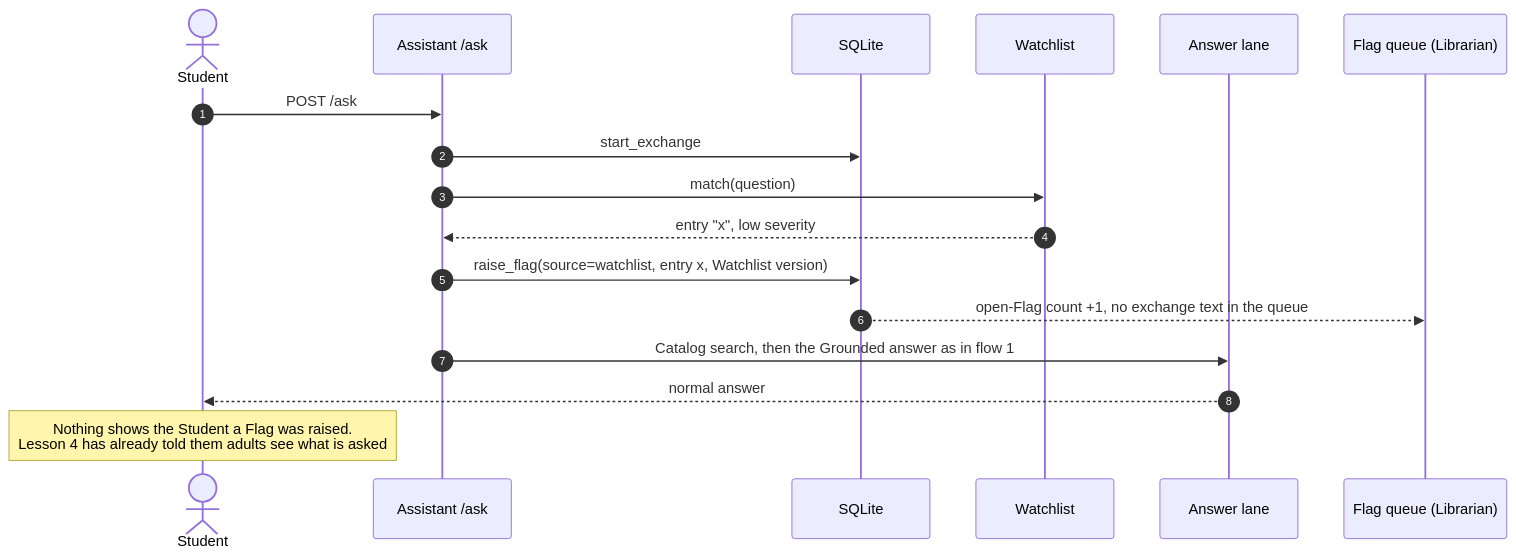
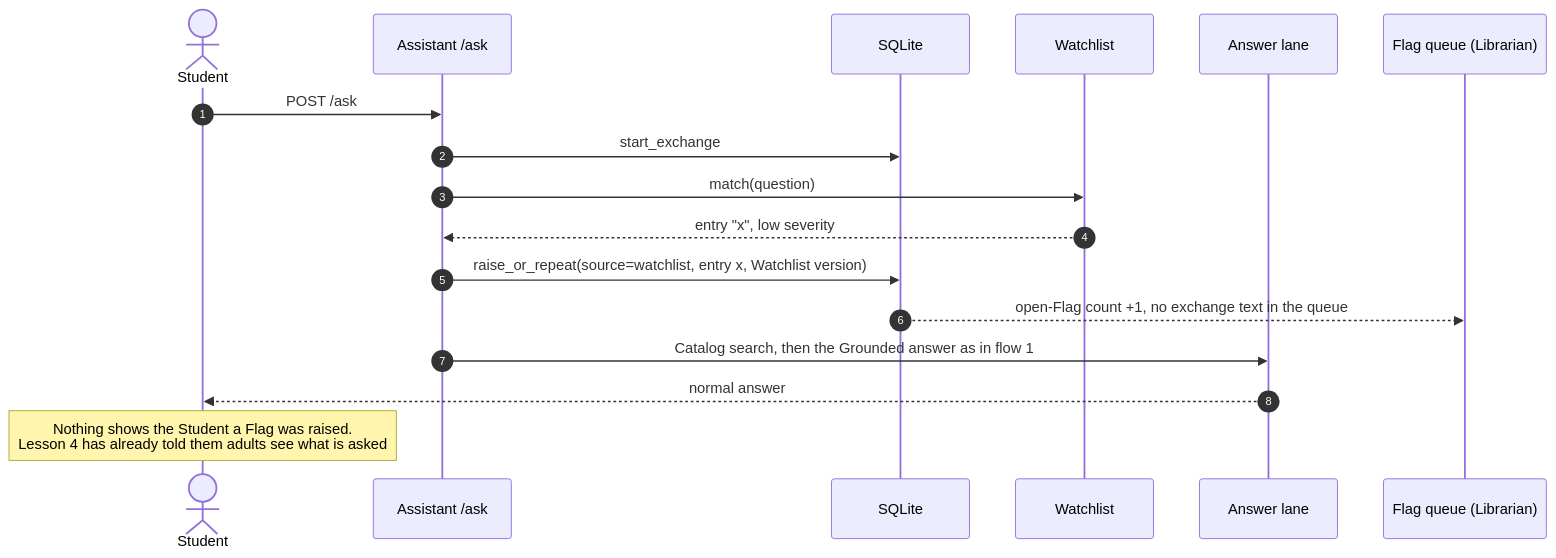
Before and after one commit to imkarrer/library-ai-lab: the third of 7 diagrams in docs/design/student-message-flow.md, drawn with Mermaid. The commit also changed other lines of this file, not shown here.

````diff
--- a/docs/design/student-message-flow.md
+++ b/docs/design/student-message-flow.md
@@ -93,20 +97,20 @@
 ```mermaid
 sequenceDiagram
     autonumber
     actor S as Student
     participant A as Assistant /ask
     participant DB as SQLite
     participant W as Watchlist
     participant AL as Answer lane
     participant FQ as Flag queue (Librarian)
 
     S->>A: POST /ask
     A->>DB: start_exchange
     A->>W: match(question)
     W-->>A: entry "x", low severity
-    A->>DB: raise_flag(source=watchlist, entry x, Watchlist version)
+    A->>DB: raise_or_repeat(source=watchlist, entry x, Watchlist version)
     DB-->>FQ: open-Flag count +1, no exchange text in the queue
     A->>AL: Catalog search, then the Grounded answer as in flow 1
     AL-->>S: normal answer
     Note over S: Nothing shows the Student a Flag was raised.<br/>Lesson 4 has already told them adults see what is asked
 ```
````
